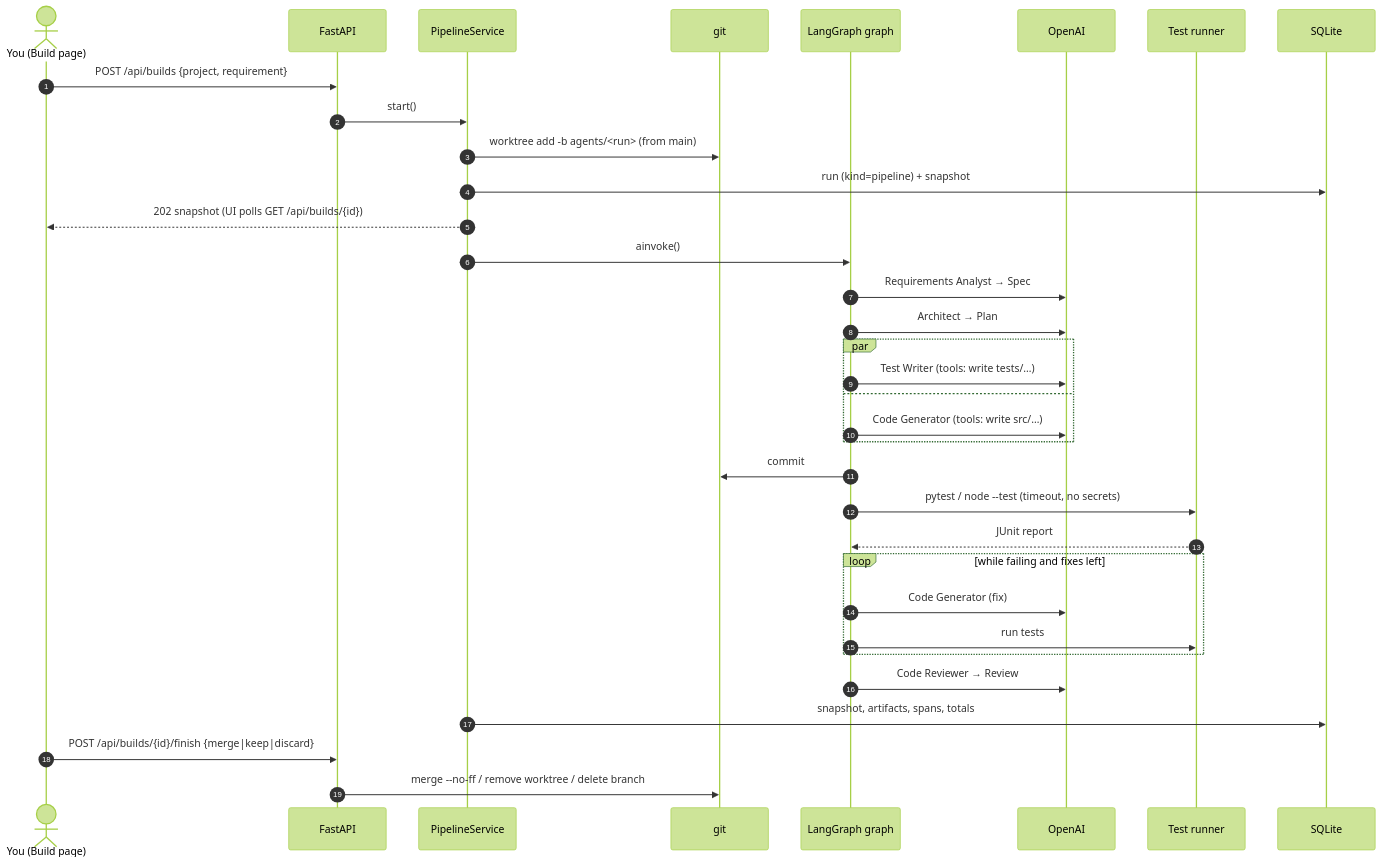
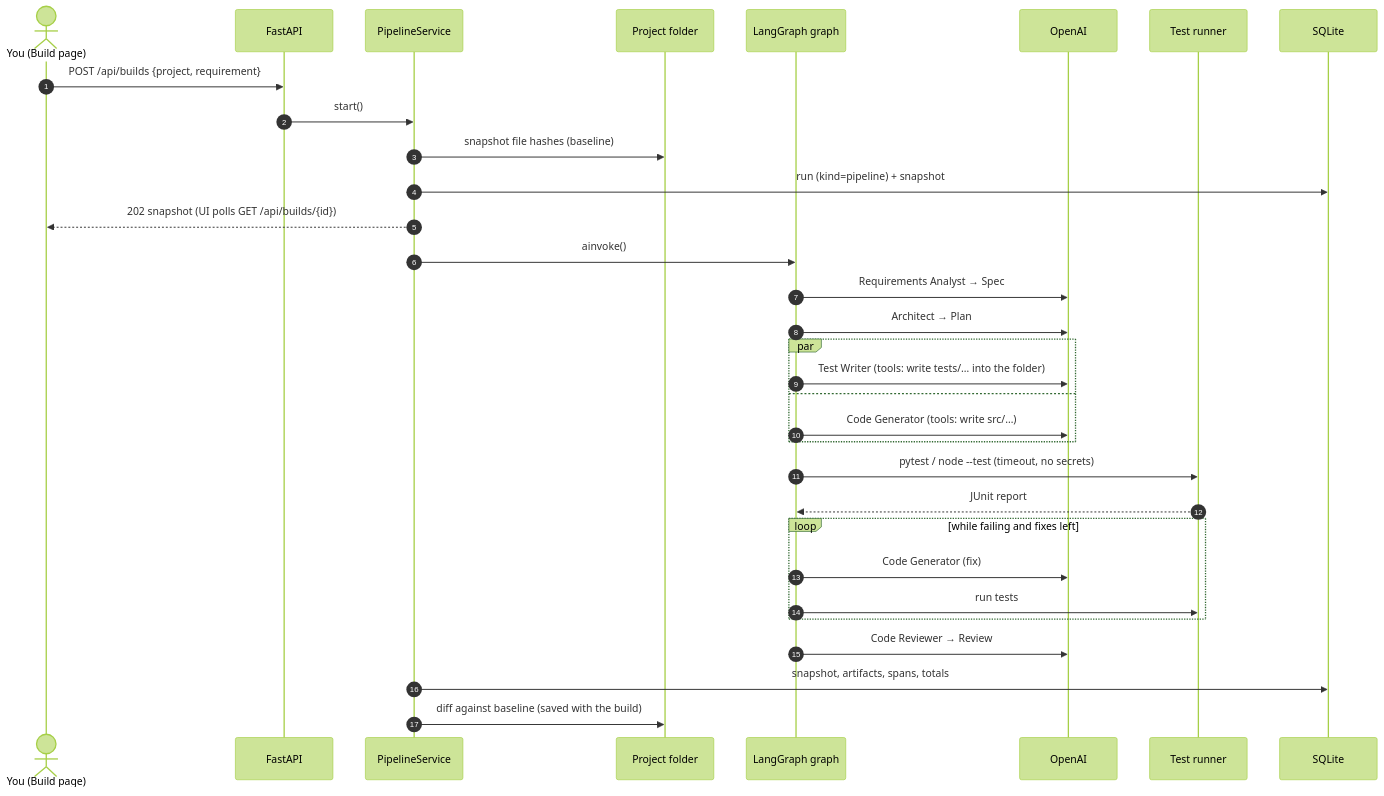
The fourth of 5 diagrams in docs/ARCHITECTURE.md (GurpiyarSingh/AgentOrchestration), drawn with Mermaid (forest theme) before and after one commit. The commit also changed other lines of this file and 64 other files, not shown here.

````diff
--- a/docs/ARCHITECTURE.md
+++ b/docs/ARCHITECTURE.md
@@ -142,37 +143,35 @@
 ```mermaid
 sequenceDiagram
     autonumber
     actor U as You (Build page)
     participant API as FastAPI
     participant P as PipelineService
-    participant G as git
+    participant F as Project folder
     participant L as LangGraph graph
     participant M as OpenAI
     participant R as Test runner
     participant DB as SQLite
 
     U->>API: POST /api/builds {project, requirement}
     API->>P: start()
-    P->>G: worktree add -b agents/<run> (from main)
+    P->>F: snapshot file hashes (baseline)
     P->>DB: run (kind=pipeline) + snapshot
     P-->>U: 202 snapshot (UI polls GET /api/builds/{id})
     P->>L: ainvoke()
     L->>M: Requirements Analyst → Spec
     L->>M: Architect → Plan
     par
-        L->>M: Test Writer (tools: write tests/…)
+        L->>M: Test Writer (tools: write tests/… into the folder)
     and
         L->>M: Code Generator (tools: write src/…)
     end
-    L->>G: commit
     L->>R: pytest / node --test (timeout, no secrets)
     R-->>L: JUnit report
     loop while failing and fixes left
         L->>M: Code Generator (fix)
         L->>R: run tests
     end
     L->>M: Code Reviewer → Review
     P->>DB: snapshot, artifacts, spans, totals
-    U->>API: POST /api/builds/{id}/finish {merge|keep|discard}
-    API->>G: merge --no-ff / remove worktree / delete branch
+    P->>F: diff against baseline (saved with the build)
 ```
````
